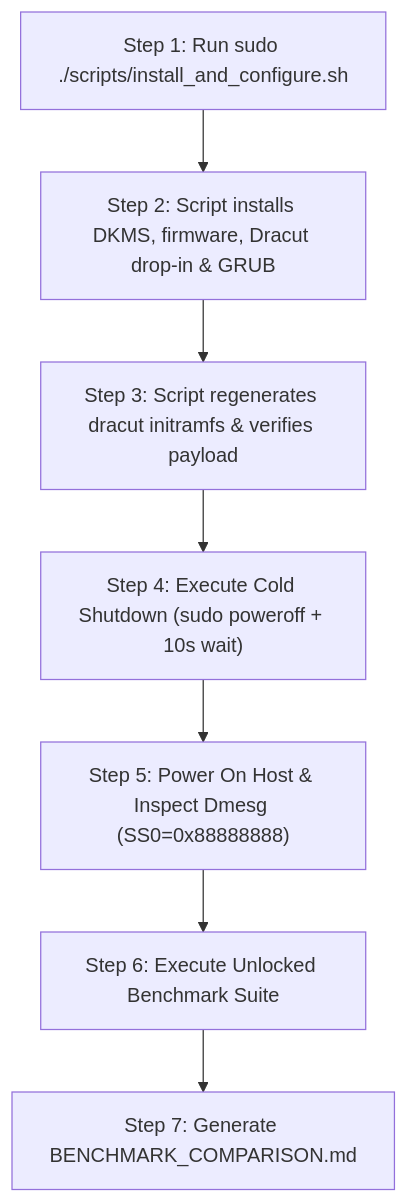
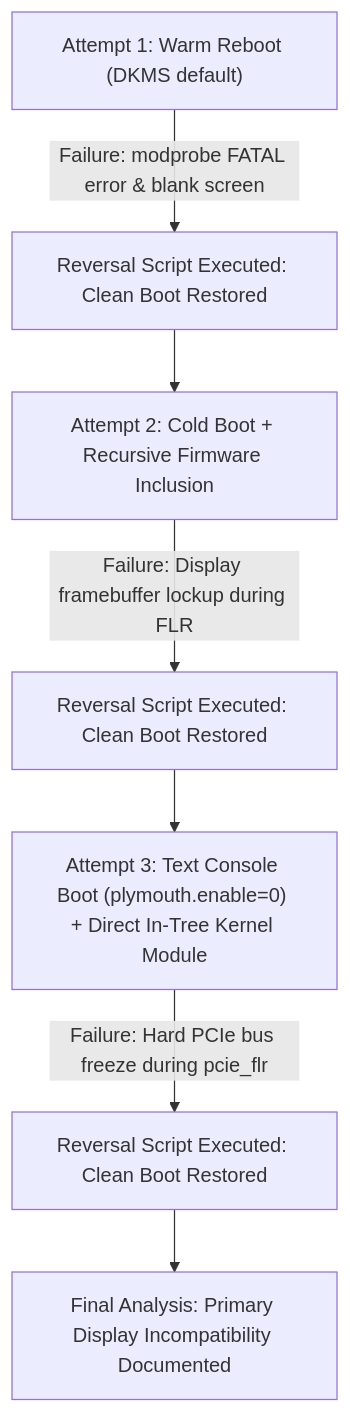
One commit to srfrnk/gpu-unlock changed the diagram in PLAN.md. Above: the diagram before and after it, drawn with Mermaid. The commit also changed other lines of this file and 2 other files, not shown here.

````diff
--- a/PLAN.md
+++ b/PLAN.md
@@ -79,9 +86,9 @@
 ```mermaid
 flowchart TD
-    A["Step 1: Run sudo ./scripts/install_and_configure.sh"] --> B["Step 2: Script installs DKMS, firmware, Dracut drop-in & GRUB"]
-    B --> C["Step 3: Script regenerates dracut initramfs & verifies payload"]
-    C --> D["Step 4: Execute Cold Shutdown (sudo poweroff + 10s wait)"]
-    D --> E["Step 5: Power On Host & Inspect Dmesg (SS0=0x88888888)"]
-    E --> F["Step 6: Execute Unlocked Benchmark Suite"]
-    F --> G["Step 7: Generate BENCHMARK_COMPARISON.md"]
+    A["Attempt 1: Warm Reboot (DKMS default)"] -->|Failure: modprobe FATAL error & blank screen| B["Reversal Script Executed: Clean Boot Restored"]
+    B --> C["Attempt 2: Cold Boot + Recursive Firmware Inclusion"]
+    C -->|Failure: Display framebuffer lockup during FLR| D["Reversal Script Executed: Clean Boot Restored"]
+    D --> E["Attempt 3: Text Console Boot (plymouth.enable=0) + Direct In-Tree Kernel Module"]
+    E -->|Failure: Hard PCIe bus freeze during pcie_flr| F["Reversal Script Executed: Clean Boot Restored"]
+    F --> G["Final Analysis: Primary Display Incompatibility Documented"]
 ```
````
